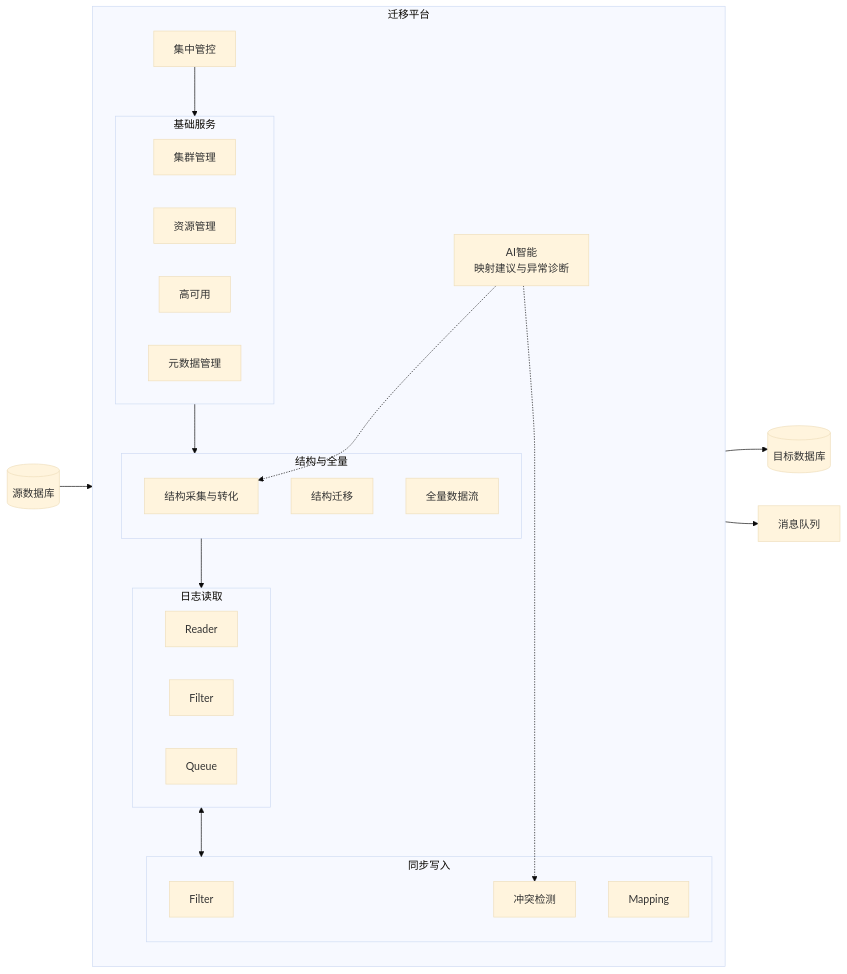
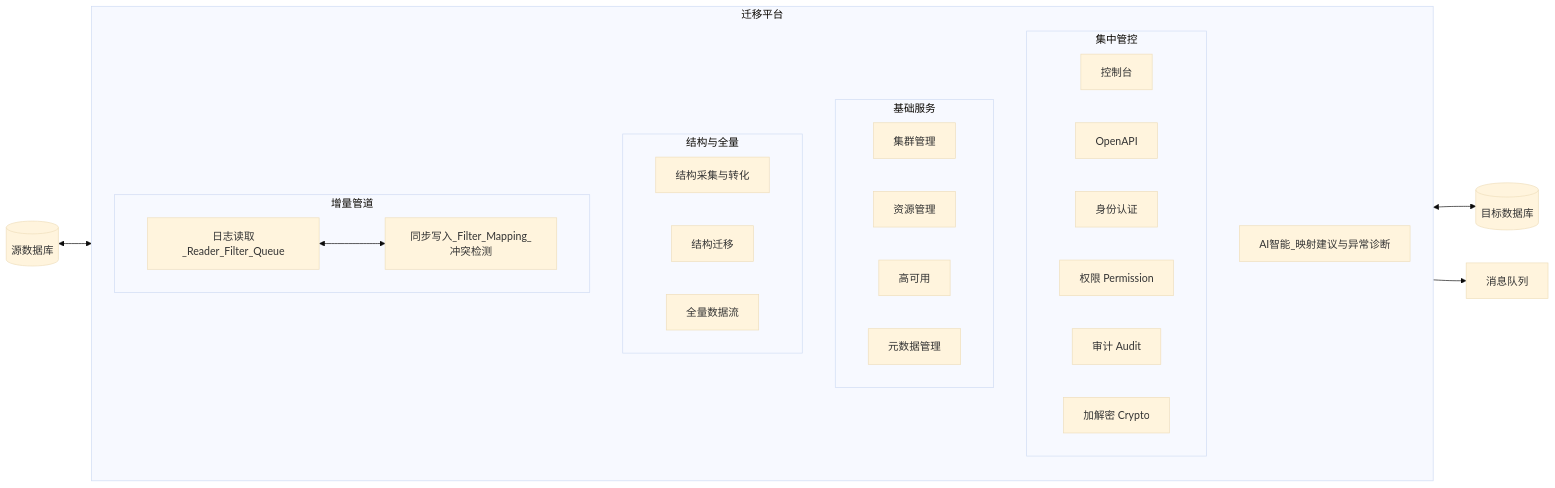
One commit to program231/design changed the diagram in doc/diagrams/fig3-1-logical-architecture.mmd. Above: the diagram before and after it, drawn with Mermaid (base theme). The commit also changed 9 other files, not shown here.

```diff
--- a/doc/diagrams/fig3-1-logical-architecture.mmd
+++ b/doc/diagrams/fig3-1-logical-architecture.mmd
@@ -1,48 +1,38 @@
 flowchart LR
-    Source[(源数据库)]
+    SourceDB[(源数据库)]
 
     subgraph platform [迁移平台]
         direction TB
-        Ctrl[集中管控]
-
+        subgraph control [集中管控]
+            Console[控制台]
+            OpenAPI[OpenAPI]
+            Auth[身份认证]
+            Perm[权限 Permission]
+            Audit[审计 Audit]
+            Crypto[加解密 Crypto]
+        end
         subgraph base [基础服务]
             CM[集群管理]
             RM[资源管理]
             HA[高可用]
             Meta[元数据管理]
         end
-
-        subgraph structFull [结构与全量]
+        subgraph full [结构与全量]
             Collect[结构采集与转化]
             SchemaMig[结构迁移]
             FullFlow[全量数据流]
         end
-
-        subgraph incrRead [日志读取]
-            Reader[Reader]
-            Filter1[Filter]
-            Queue[Queue]
+        AI[AI智能_映射建议与异常诊断]
+        subgraph incr [增量管道]
+            LogRead[日志读取_Reader_Filter_Queue]
+            SyncWrite[同步写入_Filter_Mapping_冲突检测]
+            LogRead <--> SyncWrite
         end
-
-        subgraph incrWrite [同步写入]
-            Filter2[Filter]
-            Mapping[Mapping]
-            Conflict[冲突检测]
-        end
-
-        AI[AI智能<br/>映射建议与异常诊断]
-
-        Ctrl --> base
-        base --> structFull
-        structFull --> incrRead
-        incrRead <--> incrWrite
-        AI -.-> Collect
-        AI -.-> Conflict
     end
 
-    Target[(目标数据库)]
+    TargetDB[(目标数据库)]
     MQ[消息队列]
 
-    Source --> platform
-    platform --> Target
+    SourceDB <--> platform
+    platform <--> TargetDB
     platform --> MQ
```
